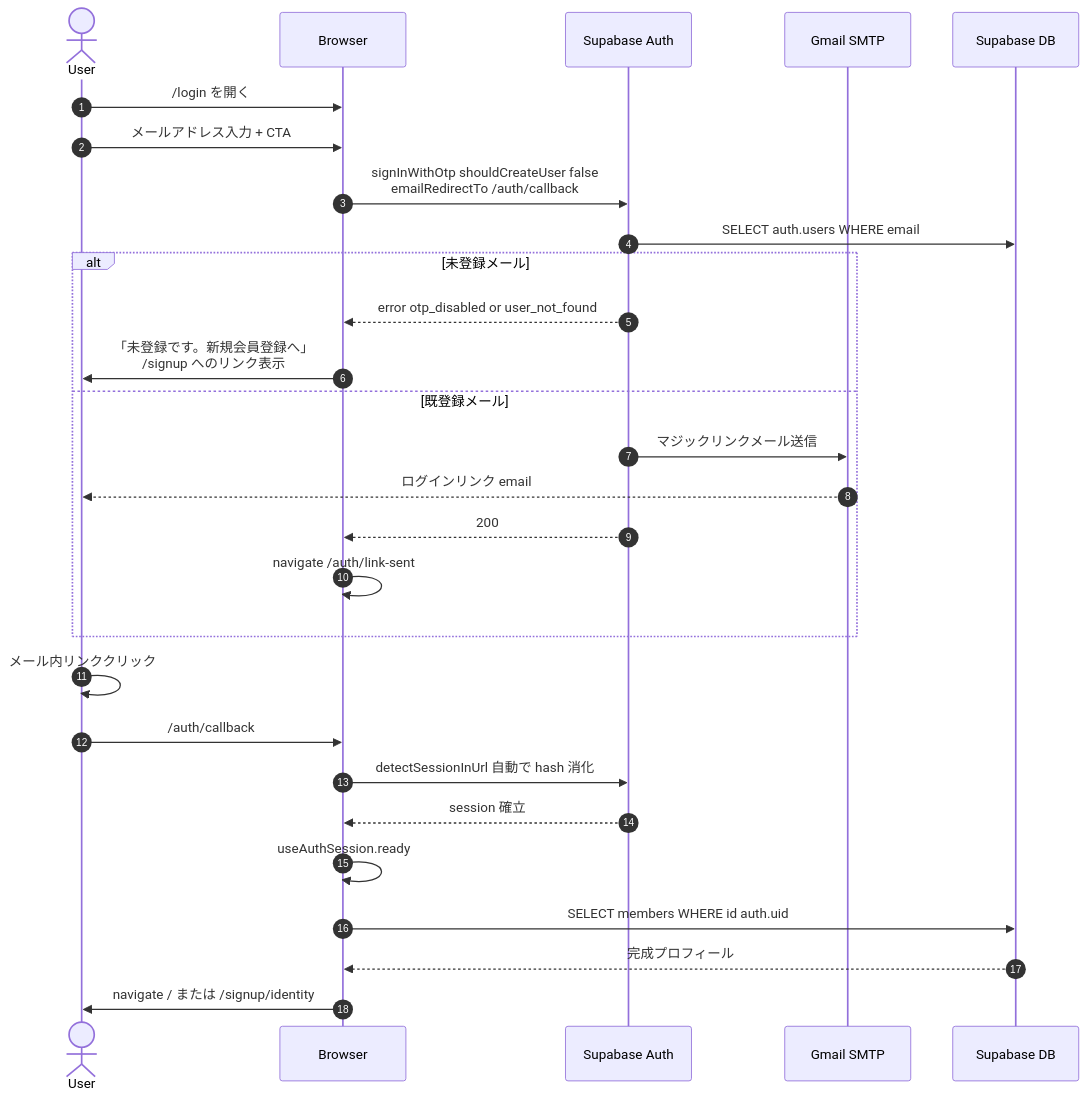
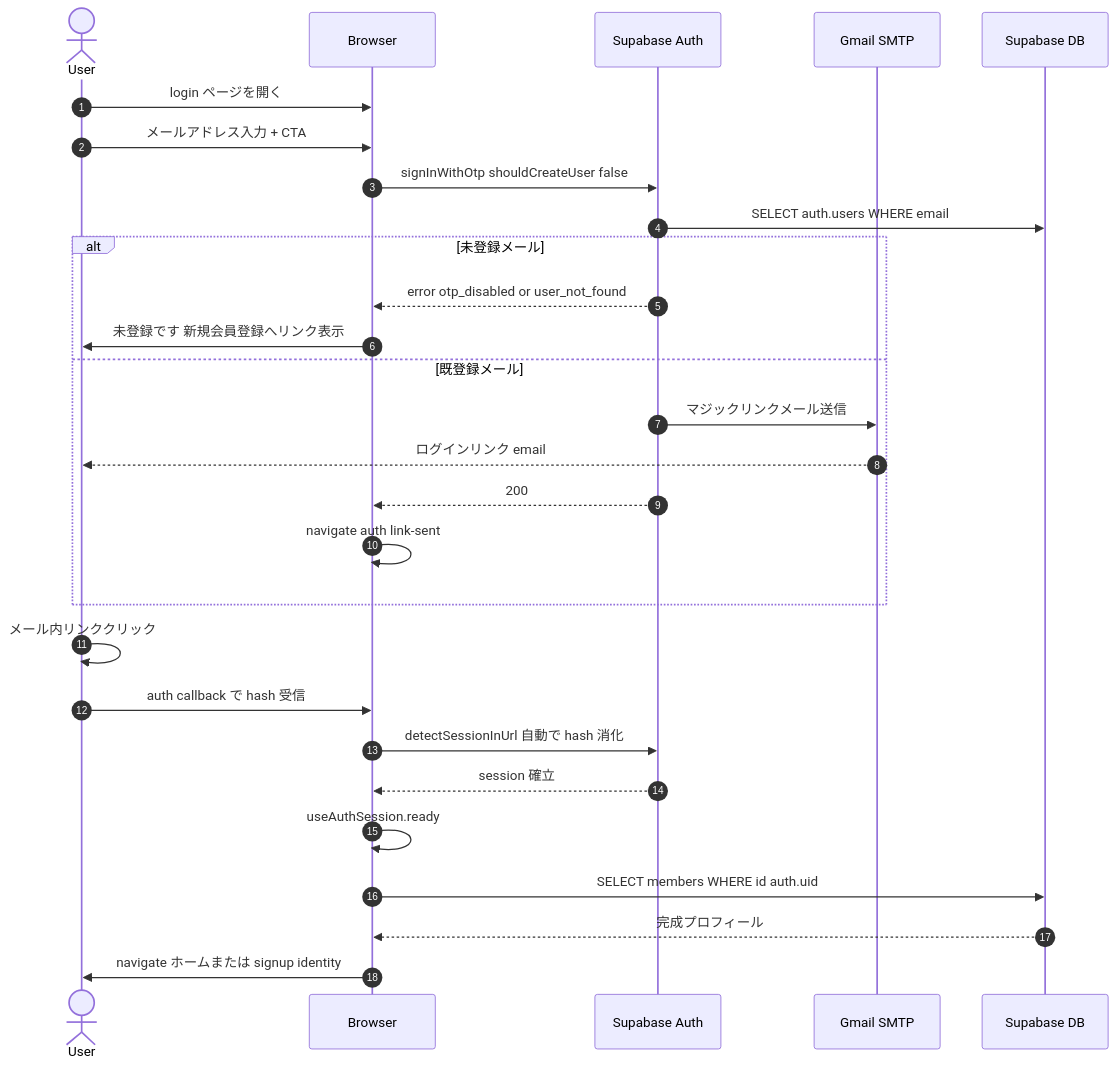
Before and after one commit to High-Q/high-q-volleyball: the fourth of 4 diagrams in docs/04-システム設計/02-シーケンス図/01-会員登録・ログイン.md, drawn with Mermaid. The commit also changed other lines of this file, not shown here.

First line of the commit message:
fix(docs): Mermaid 図を v4 体系で全面書き直し

````diff
--- a/docs/04-システム設計/02-シーケンス図/01-会員登録・ログイン.md
+++ b/docs/04-システム設計/02-シーケンス図/01-会員登録・ログイン.md
@@ -203,32 +185,32 @@
 ```mermaid
 sequenceDiagram
     autonumber
     actor User
     participant Browser
     participant Auth as Supabase Auth
     participant Mailer as Gmail SMTP
     participant DB as Supabase DB
 
-    User->>Browser: /login を開く
+    User->>Browser: login ページを開く
     User->>Browser: メールアドレス入力 + CTA
-    Browser->>Auth: signInWithOtp shouldCreateUser false<br/>emailRedirectTo /auth/callback
+    Browser->>Auth: signInWithOtp shouldCreateUser false
     Auth->>DB: SELECT auth.users WHERE email
     alt 未登録メール
         Auth-->>Browser: error otp_disabled or user_not_found
-        Browser->>User: 「未登録です。新規会員登録へ」<br/>/signup へのリンク表示
+        Browser->>User: 未登録です 新規会員登録へリンク表示
     else 既登録メール
         Auth->>Mailer: マジックリンクメール送信
         Mailer-->>User: ログインリンク email
         Auth-->>Browser: 200
-        Browser->>Browser: navigate /auth/link-sent
+        Browser->>Browser: navigate auth link-sent
     end
 
     User->>User: メール内リンククリック
-    User->>Browser: /auth/callback#access_token
+    User->>Browser: auth callback で hash 受信
     Browser->>Auth: detectSessionInUrl 自動で hash 消化
     Auth-->>Browser: session 確立
     Browser->>Browser: useAuthSession.ready
     Browser->>DB: SELECT members WHERE id auth.uid
     DB-->>Browser: 完成プロフィール
-    Browser->>User: navigate / または /signup/identity
+    Browser->>User: navigate ホームまたは signup identity
 ```
````
